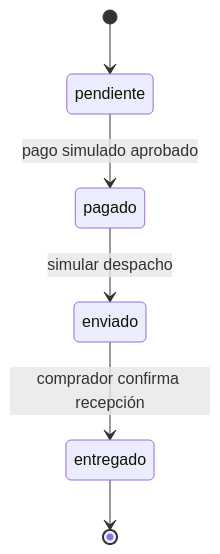
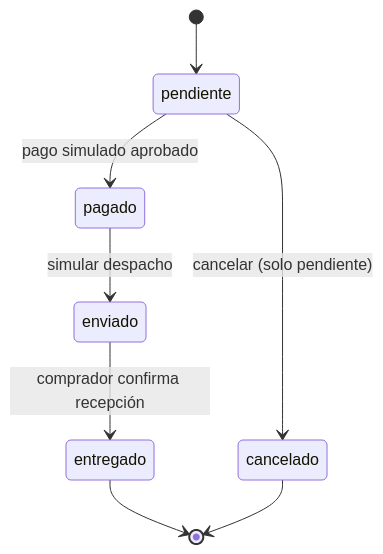
One commit to desmonteix/Tickia-PrograAvanzada changed the diagram in Proyecto_PrograAvanzada/entregables/PATRONES.md. Above: the diagram before and after it, drawn with Mermaid. The commit also changed other lines of this file and 31 other files, not shown here.

Commit message:
Patrones reforzados (Decorator, State, 4 Repository), informe revisado y diagramas

````diff
--- a/Proyecto_PrograAvanzada/entregables/PATRONES.md
+++ b/Proyecto_PrograAvanzada/entregables/PATRONES.md
@@ -60,8 +71,10 @@
 ```mermaid
 stateDiagram-v2
     [*] --> pendiente
     pendiente --> pagado: pago simulado aprobado
+    pendiente --> cancelado: cancelar (solo pendiente)
     pagado --> enviado: simular despacho
     enviado --> entregado: comprador confirma recepción
     entregado --> [*]
+    cancelado --> [*]
 ```
````
